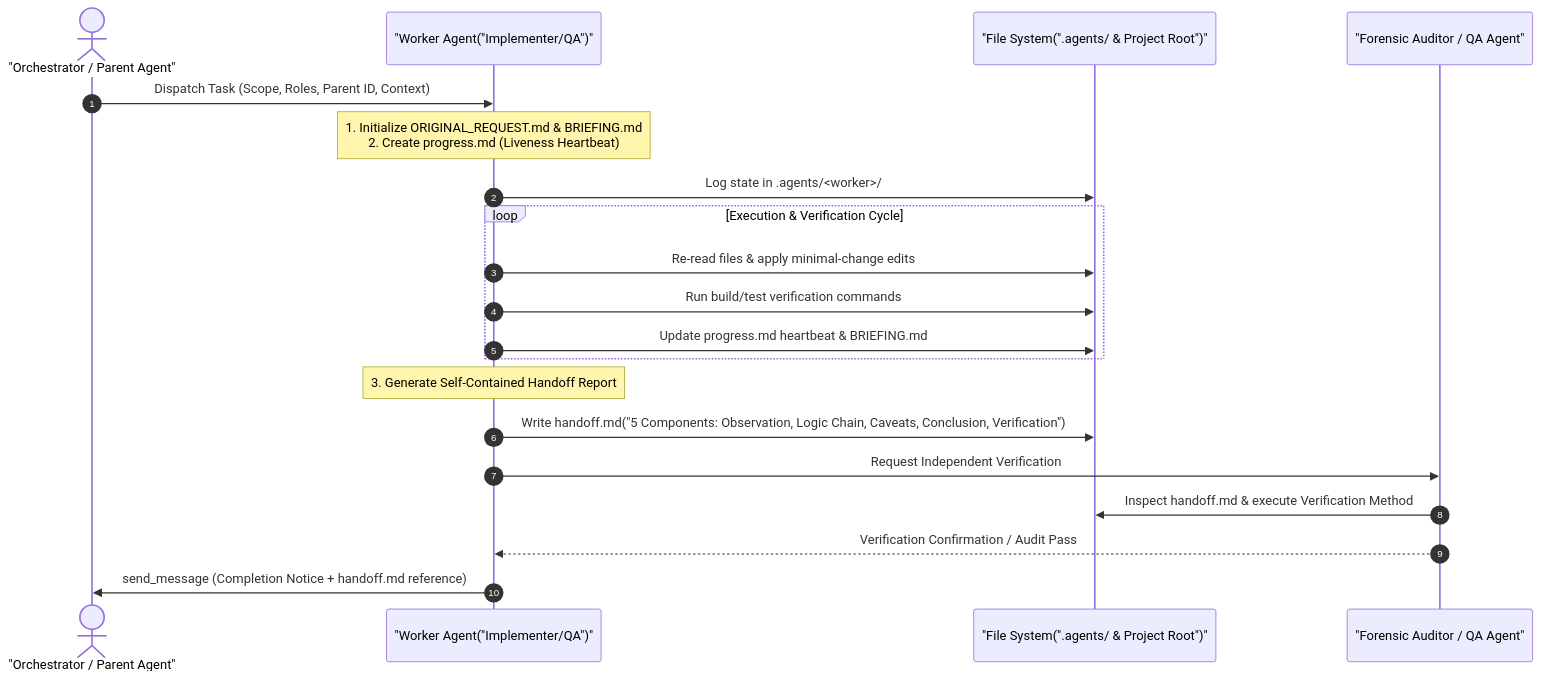
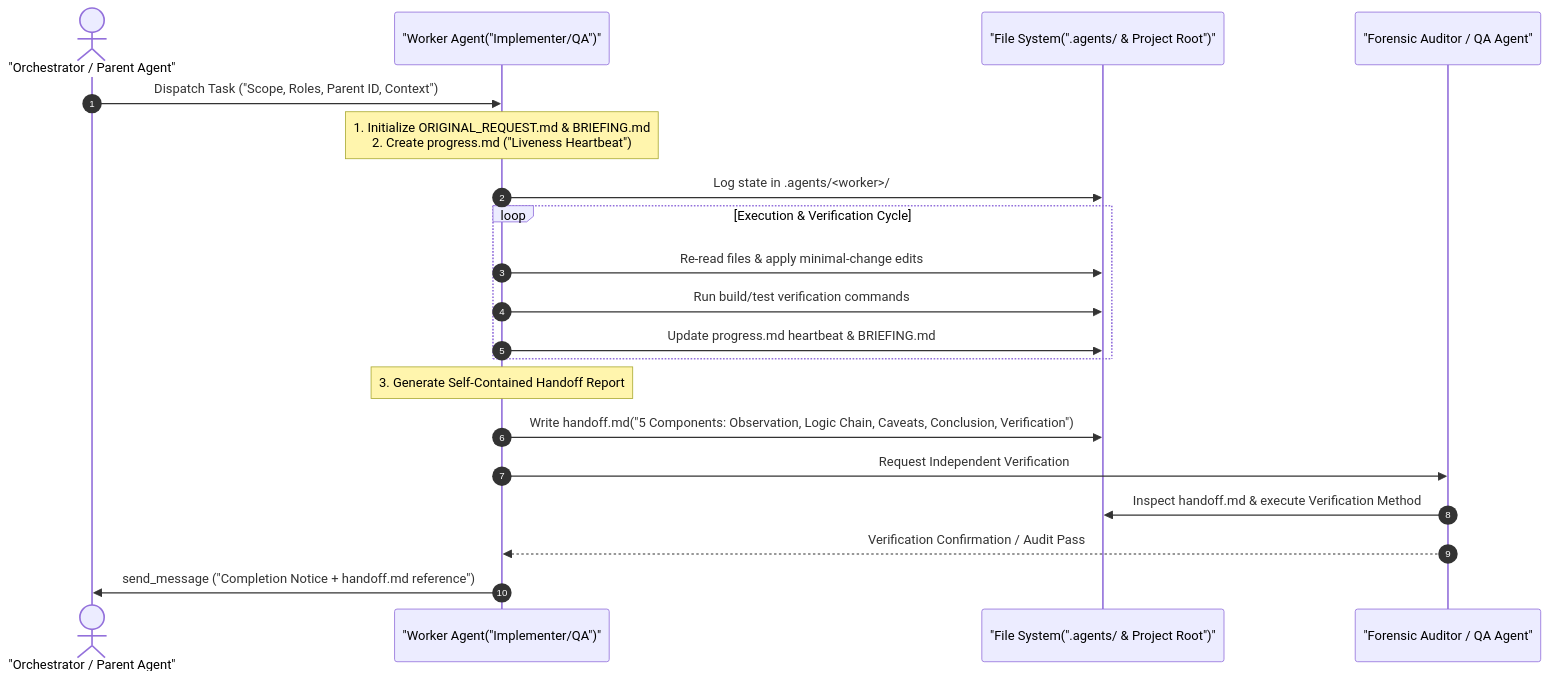
The diagram in docs/reference/AGENTS.md (rohitkumarnaidu/ScholarFormAI), drawn with Mermaid before and after one commit. The commit also changed 611 other files, not shown here.

````diff
--- a/docs/reference/AGENTS.md
+++ b/docs/reference/AGENTS.md
@@ -18,28 +18,28 @@
 ```mermaid
 sequenceDiagram
     autonumber
     actor Parent as "Orchestrator / Parent Agent"
     participant Worker as "Worker Agent("Implementer/QA")"
     participant FS as "File System(".agents/ & Project Root")"
     participant Auditor as "Forensic Auditor / QA Agent"
 
 
-    Parent->>Worker: Dispatch Task (Scope, Roles, Parent ID, Context)
-    Note over Worker: 1. Initialize ORIGINAL_REQUEST.md & BRIEFING.md<br/>2. Create progress.md (Liveness Heartbeat)
+    Parent->>Worker: Dispatch Task ("Scope, Roles, Parent ID, Context")
+    Note over Worker: 1. Initialize ORIGINAL_REQUEST.md & BRIEFING.md<br/>2. Create progress.md ("Liveness Heartbeat")
     Worker->>FS: Log state in .agents/<worker>/
     
     loop Execution & Verification Cycle
         Worker->>FS: Re-read files & apply minimal-change edits
         Worker->>FS: Run build/test verification commands
         Worker->>FS: Update progress.md heartbeat & BRIEFING.md
     end
 
     Note over Worker: 3. Generate Self-Contained Handoff Report
     Worker->>FS: Write handoff.md("5 Components: Observation, Logic Chain, Caveats, Conclusion, Verification")
     
     Worker->>Auditor: Request Independent Verification
     Auditor->>FS: Inspect handoff.md & execute Verification Method
     Auditor-->>Worker: Verification Confirmation / Audit Pass
     
-    Worker->>Parent: send_message (Completion Notice + handoff.md reference)
+    Worker->>Parent: send_message ("Completion Notice + handoff.md reference")
 ```
````
